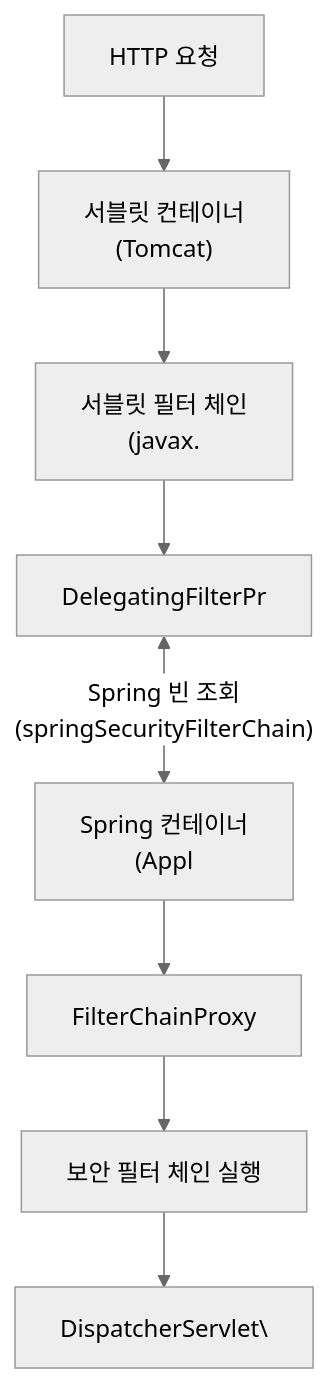
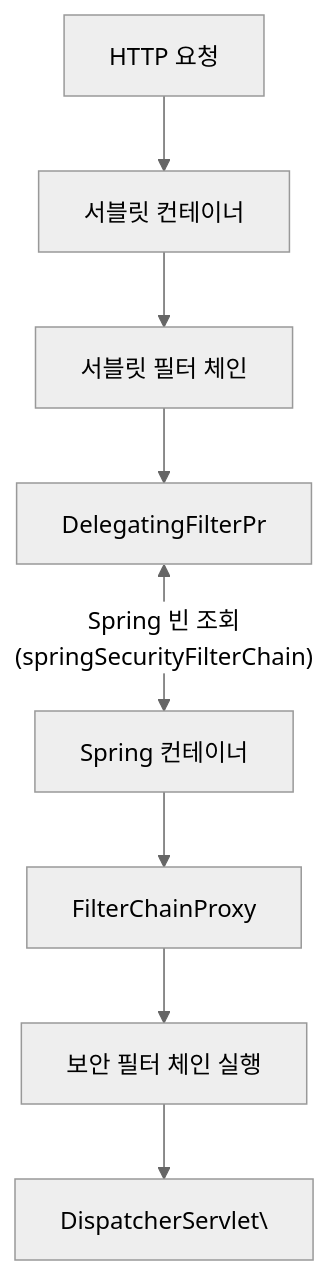
One commit to yjkim2015/yjkim2015.github.io changed the first of 3 diagrams in _posts/security/2021-05-19-DelegatingFilterProxy.md. Above: the diagram before and after it, drawn with Mermaid (neutral theme). The commit also changed other lines of this file and 217 other files, not shown here.

First line of the commit message:
Mermaid 크기 수정: useMaxWidth:true + SVG max-width:100% + 라벨 축소

````diff
--- a/_posts/security/2021-05-19-DelegatingFilterProxy.md
+++ b/_posts/security/2021-05-19-DelegatingFilterProxy.md
@@ -20,10 +20,10 @@
 ```mermaid
 flowchart TD
-    A["HTTP 요청"] --> B["서블릿 컨테이너\n(Tomcat)"]
-    B --> C["서블릿 필터 체인\n(javax."]
+    A["HTTP 요청"] --> B["서블릿 컨테이너"]
+    B --> C["서블릿 필터 체인"]
     C --> D["DelegatingFilterPr"]
-    D <-- "Spring 빈 조회\n(springSecurityFilterChain)" --> E["Spring 컨테이너\n(Appl"]
-    E --> F["FilterChainProxy\n"]
+    D <-- "Spring 빈 조회\n(springSecurityFilterChain)" --> E["Spring 컨테이너"]
+    E --> F["FilterChainProxy"]
     F --> G["보안 필터 체인 실행"]
     G --> H["DispatcherServlet\"]
 ```
````
